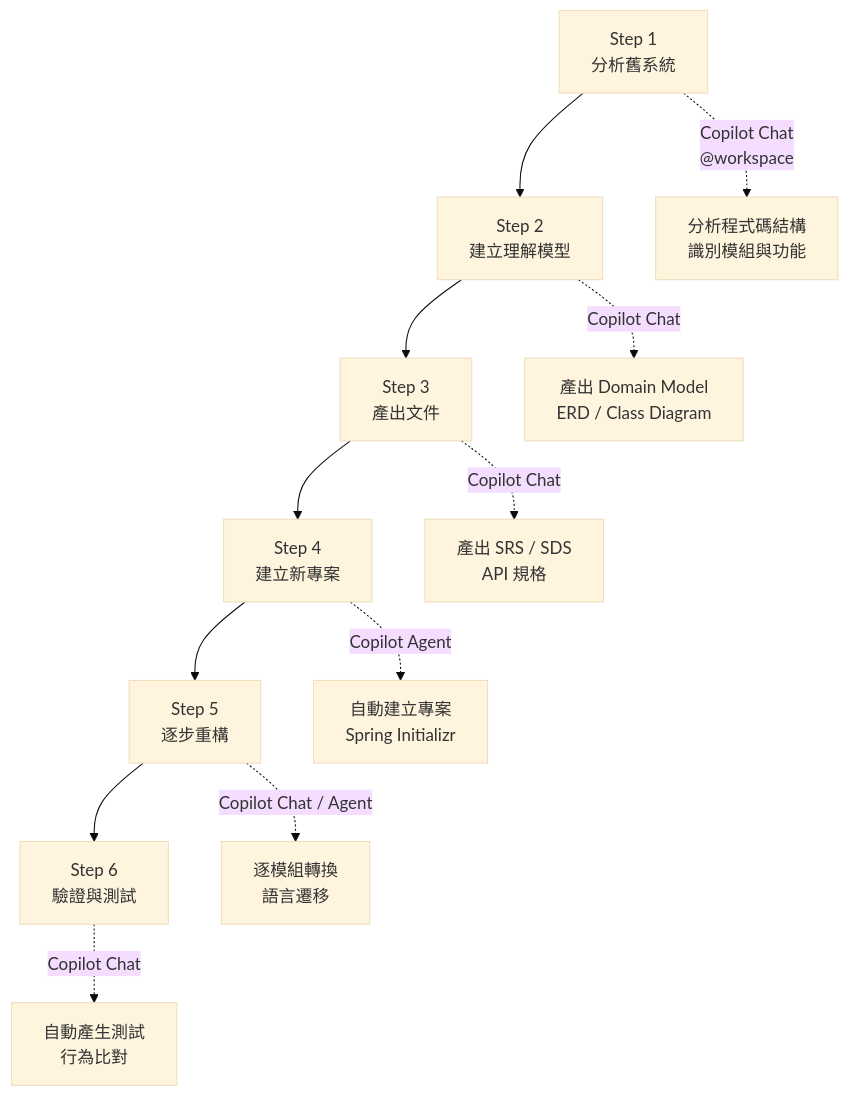
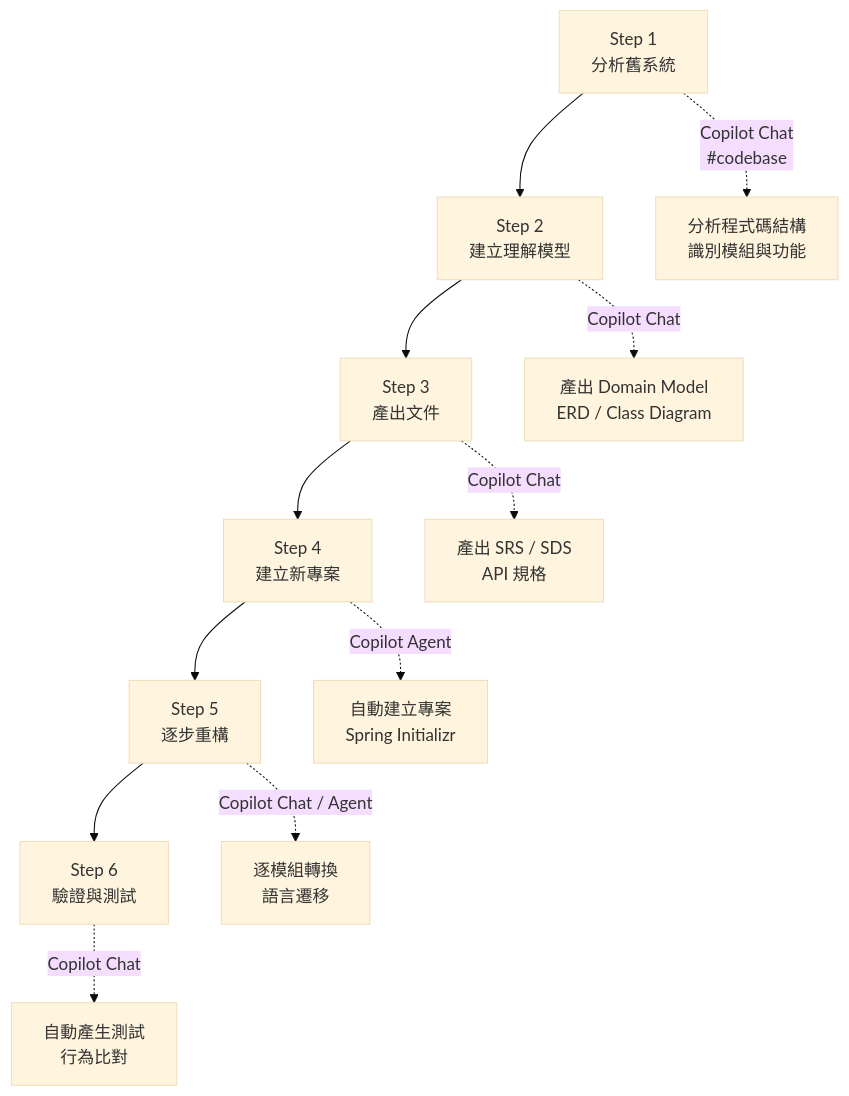
Before and after one commit to chihhung/Blog: diagram 16 of 36 in content/posts/教學/AI開發/GitHub Copilot 逆向工程教學手冊.md, drawn with Mermaid (base theme). The commit also changed other lines of this file and 4 other files, not shown here.

````diff
--- a/content/posts/教學/AI開發/GitHub Copilot 逆向工程教學手冊.md
+++ b/content/posts/教學/AI開發/GitHub Copilot 逆向工程教學手冊.md
@@ -1538,15 +1929,15 @@
 ```mermaid
 flowchart TB
     S1["Step 1<br/>分析舊系統"] --> S2["Step 2<br/>建立理解模型"]
     S2 --> S3["Step 3<br/>產出文件"]
     S3 --> S4["Step 4<br/>建立新專案"]
     S4 --> S5["Step 5<br/>逐步重構"]
     S5 --> S6["Step 6<br/>驗證與測試"]
     
-    S1 -.-> |"Copilot Chat<br/>@workspace"| T1["分析程式碼結構<br/>識別模組與功能"]
+    S1 -.-> |"Copilot Chat<br/>#codebase"| T1["分析程式碼結構<br/>識別模組與功能"]
     S2 -.-> |"Copilot Chat"| T2["產出 Domain Model<br/>ERD / Class Diagram"]
     S3 -.-> |"Copilot Chat"| T3["產出 SRS / SDS<br/>API 規格"]
     S4 -.-> |"Copilot Agent"| T4["自動建立專案<br/>Spring Initializr"]
     S5 -.-> |"Copilot Chat / Agent"| T5["逐模組轉換<br/>語言遷移"]
     S6 -.-> |"Copilot Chat"| T6["自動產生測試<br/>行為比對"]
 ```
````
